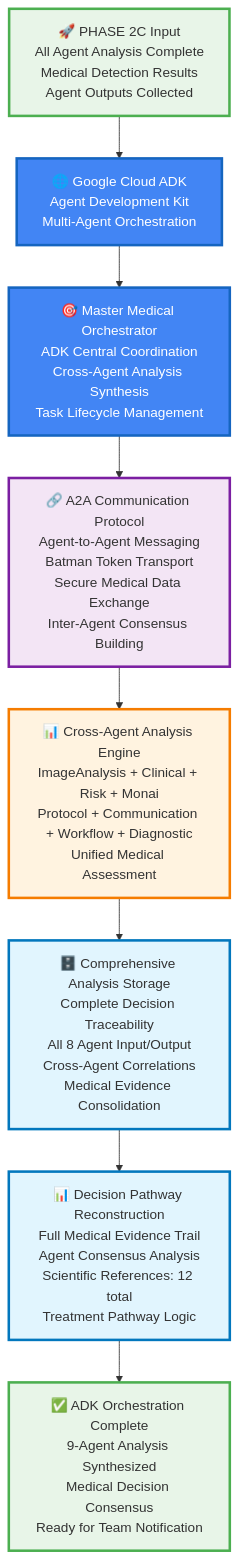
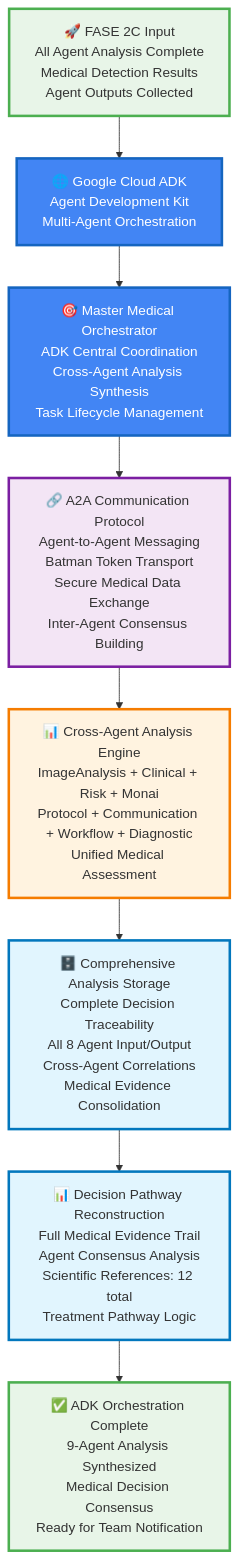
Before and after one commit to AutonomosCdM/vigia-medical-ai: the fourth of 5 diagrams in docs/ARCHITECTURE.md, drawn with Mermaid. The commit also changed other lines of this file and 1 other file, not shown here.

First line of the commit message:
docs: Upgrade architecture documentation with comprehensive Spanish phases

````diff
--- a/docs/ARCHITECTURE.md
+++ b/docs/ARCHITECTURE.md
@@ -245,37 +245,37 @@
 ```mermaid
 graph TD
-    %% PHASE 2C INPUT - ALL AGENT OUTPUTS
-    A[🚀 PHASE 2C Input<br/>All Agent Analysis Complete<br/>Medical Detection Results<br/>Agent Outputs Collected] --> B[🌐 Google Cloud ADK<br/>Agent Development Kit<br/>Multi-Agent Orchestration]
+    %% FASE 2C INPUT - ALL AGENT OUTPUTS
+    A[🚀 FASE 2C Input<br/>All Agent Analysis Complete<br/>Medical Detection Results<br/>Agent Outputs Collected] --> B[🌐 Google Cloud ADK<br/>Agent Development Kit<br/>Multi-Agent Orchestration]
     
     %% ADK COORDINATION ARCHITECTURE
     B --> C[🎯 Master Medical Orchestrator<br/>ADK Central Coordination<br/>Cross-Agent Analysis Synthesis<br/>Task Lifecycle Management]
     
     %% A2A COMMUNICATION PROTOCOL
     C --> D[🔗 A2A Communication Protocol<br/>Agent-to-Agent Messaging<br/>Batman Token Transport<br/>Secure Medical Data Exchange<br/>Inter-Agent Consensus Building]
     
     %% CROSS-AGENT ANALYSIS SYNTHESIS
     D --> E[📊 Cross-Agent Analysis Engine<br/>ImageAnalysis + Clinical + Risk + Monai<br/>Protocol + Communication + Workflow + Diagnostic<br/>Unified Medical Assessment]
     
     %% COMPREHENSIVE DECISION STORAGE
     E --> F[🗄️ Comprehensive Analysis Storage<br/>Complete Decision Traceability<br/>All 8 Agent Input/Output<br/>Cross-Agent Correlations<br/>Medical Evidence Consolidation]
     
     %% DECISION PATHWAY RECONSTRUCTION
     F --> G[📊 Decision Pathway Reconstruction<br/>Full Medical Evidence Trail<br/>Agent Consensus Analysis<br/>Scientific References: 12 total<br/>Treatment Pathway Logic]
     
     %% ADK ORCHESTRATION COMPLETION
     G --> H[✅ ADK Orchestration Complete<br/>9-Agent Analysis Synthesized<br/>Medical Decision Consensus<br/>Ready for Team Notification]
     
     %% STYLING
     classDef inputNode fill:#e8f5e8,stroke:#4caf50,stroke-width:3px
     classDef adkNode fill:#4285f4,stroke:#1565c0,stroke-width:3px,color:#fff
     classDef a2aNode fill:#f3e5f5,stroke:#7b1fa2,stroke-width:3px
     classDef synthesisNode fill:#fff3e0,stroke:#f57c00,stroke-width:3px
     classDef storageNode fill:#e1f5fe,stroke:#0277bd,stroke-width:3px
     classDef completionNode fill:#e8f5e8,stroke:#4caf50,stroke-width:3px
     
     class A,H inputNode
     class B,C adkNode
     class D a2aNode
     class E synthesisNode
     class F,G storageNode
 ```
````
